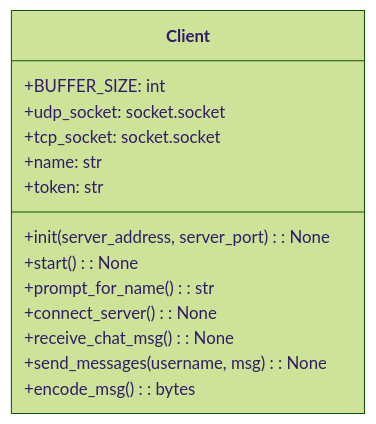
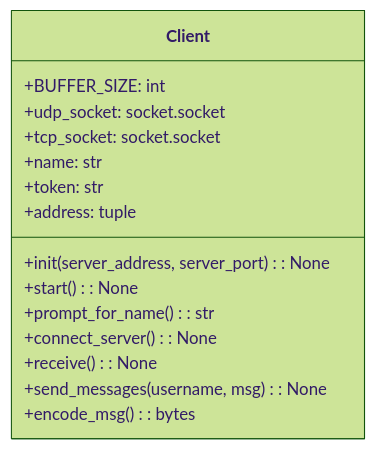
Before and after one commit to recursion-backend-team-d/online-chat-messenger: the second of 2 diagrams in README.md, drawn with Mermaid (forest theme). The commit also changed other lines of this file, not shown here.

Commit message:
クラス図の更新 #9

````diff
--- a/README.md
+++ b/README.md
@@ -103,18 +103,19 @@
 ```mermaid
 classDiagram
 class Client {
   +BUFFER_SIZE: int
   +udp_socket: socket.socket
   +tcp_socket: socket.socket
   +name: str
   +token: str
+  +address: tuple
 
   +init(server_address, server_port): None
   +start(): None
   +prompt_for_name(): str
   +connect_server(): None
-  +receive_chat_msg(): None
+  +receive(): None
   +send_messages(username, msg): None
   +encode_msg(): bytes
 }
 ```
````
